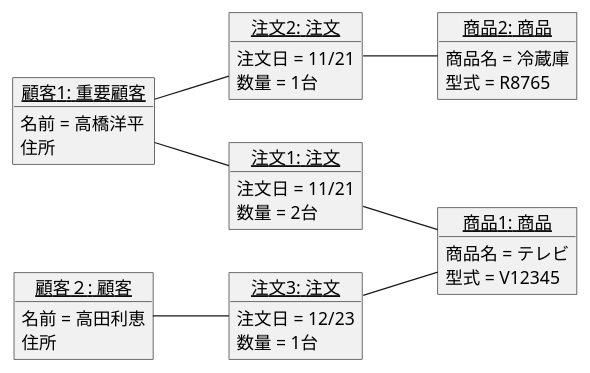
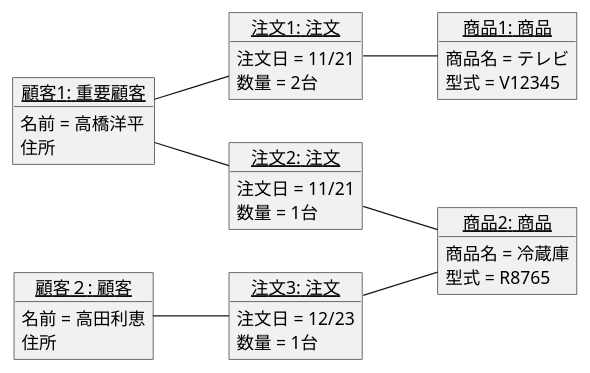
The diagram in 演習3-7_OBJ_注文のオブジェクト図.pu (Takhshi/uml-introduction), drawn with PlantUML before and after one commit.

Commit message:
演習3の修正

```diff
--- a/演習3-7_OBJ_注文のオブジェクト図.pu
+++ b/演習3-7_OBJ_注文のオブジェクト図.pu
@@ -1,37 +1,37 @@
 @startuml 資格取得のオブジェクト図
 left to right direction
 object "<u>顧客1: 重要顧客</u>" as customer1 {
 名前 = 高橋洋平
 住所
 }
 object "<u>顧客２: 顧客</u>" as customer2 {
 名前 = 高田利恵
 住所
 }
 object "<u>注文1: 注文</u>" as order1 {
 注文日 = 11/21
 数量 = 2台
 }
 object "<u>注文2: 注文</u>" as order2 {
 注文日 = 11/21
 数量 = 1台
 }
 object "<u>注文3: 注文</u>" as order3 {
 注文日 = 12/23
 数量 = 1台
 }
 object "<u>商品1: 商品</u>" as product1 {
 商品名 = テレビ
 型式 = V12345
 }
 object "<u>商品2: 商品</u>" as product2 {
 商品名 = 冷蔵庫
 型式 = R8765
 }
 customer1 -- order1
 order1 -- product1
 customer1 -- order2
 order2 -- product2
 customer2 -- order3
-order3 -- product1
+order3 -- product2
 @enduml
```
